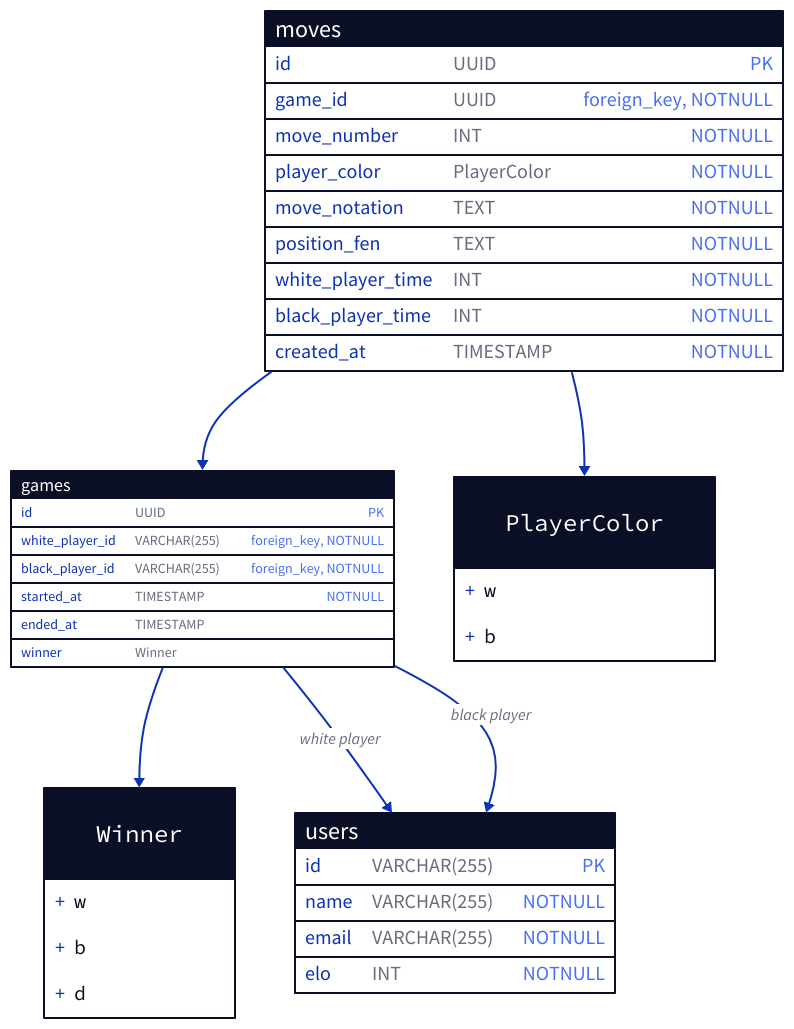
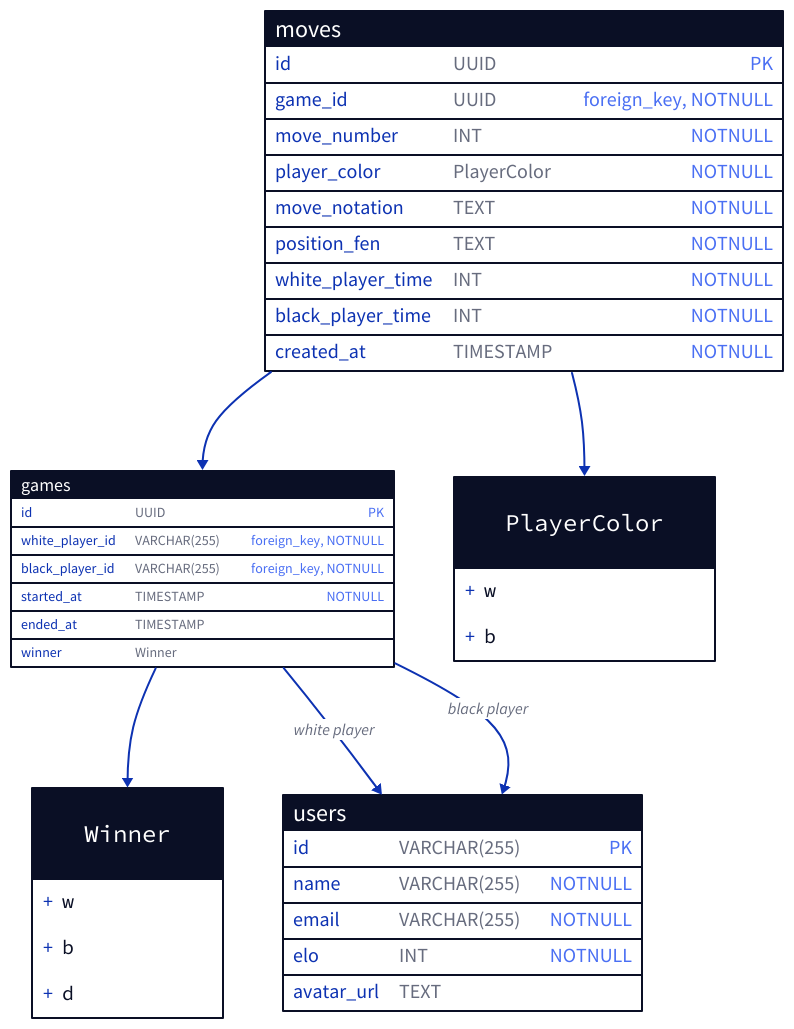
One commit to molgergo01/chess-game changed the diagram in docs/diagrams/schema/database-schema.d2. Above: the diagram before and after it, drawn with D2. The commit also changed 20 other files, not shown here.

Commit message:
feat: add final diagrams and .env templates (#23)

```diff
--- a/docs/diagrams/schema/database-schema.d2
+++ b/docs/diagrams/schema/database-schema.d2
@@ -1,59 +1,60 @@
 users: {
   shape: sql_table
 
   id: VARCHAR(255) {constraint: primary_key}
   name: VARCHAR(255) {constraint: NOTNULL}
   email: VARCHAR(255) {constraint: NOTNULL}
   elo: INT {constraint: NOTNULL}
+  avatar_url: TEXT
 }
 
 games: {
   shape: sql_table
 
   id: UUID {constraint: primary_key}
   white_player_id: VARCHAR(255) {constraint: [foreign_key, NOTNULL]}
   black_player_id: VARCHAR(255) {constraint: [foreign_key, NOTNULL]}
   started_at: TIMESTAMP {constraint: NOTNULL}
   ended_at: TIMESTAMP
   winner: Winner
 
   style: {
     font-size: 14
   }
 }
 
 moves: {
   shape: sql_table
 
   id: UUID {constraint: primary_key}
   game_id: UUID {constraint: [foreign_key, NOTNULL]}
   move_number: INT {constraint: NOTNULL}
   player_color: PlayerColor {constraint: NOTNULL}
   move_notation: TEXT {constraint: NOTNULL}
   position_fen: TEXT {constraint: NOTNULL}
   white_player_time: INT {constraint: NOTNULL}
   black_player_time: INT {constraint: NOTNULL}
   created_at: TIMESTAMP {constraint: NOTNULL}
 }
 
 Winner: {
   shape: class
 
   w
   b
   d
 }
 
 PlayerColor: {
   shape: class
 
   w
   b
 }
 
 games.winner -> Winner
 moves.player_color -> PlayerColor
 
 games.white_player_id -> users.id: "white player"
 games.black_player_id -> users.id: "black player"
 moves.game_id -> games.id
```
